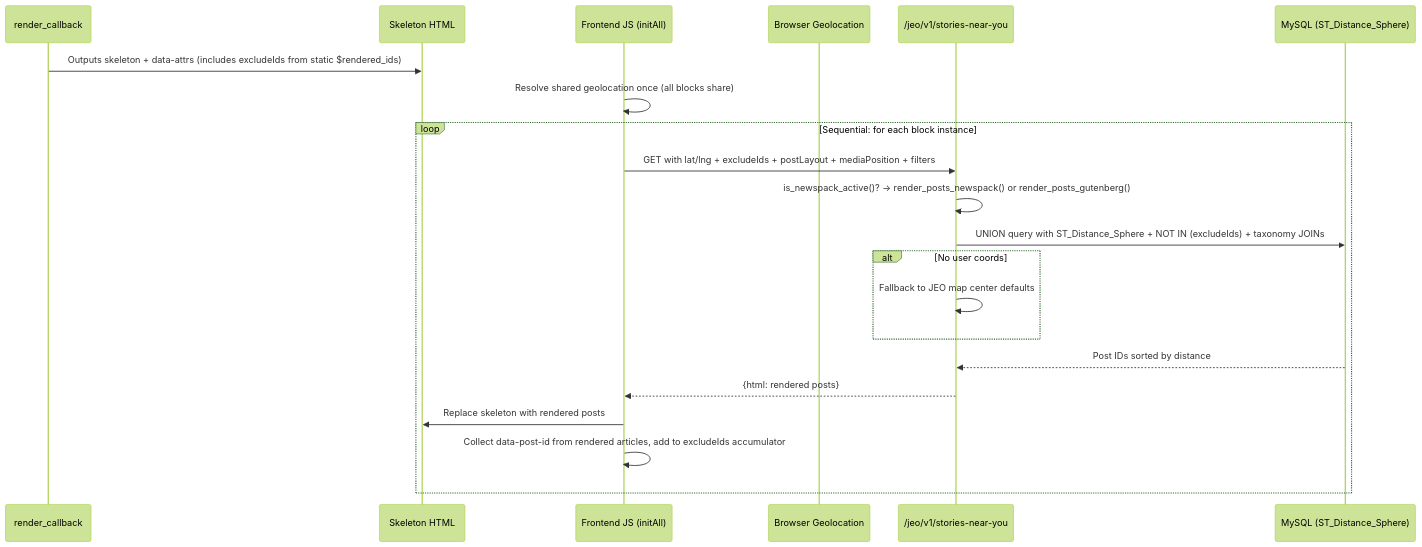
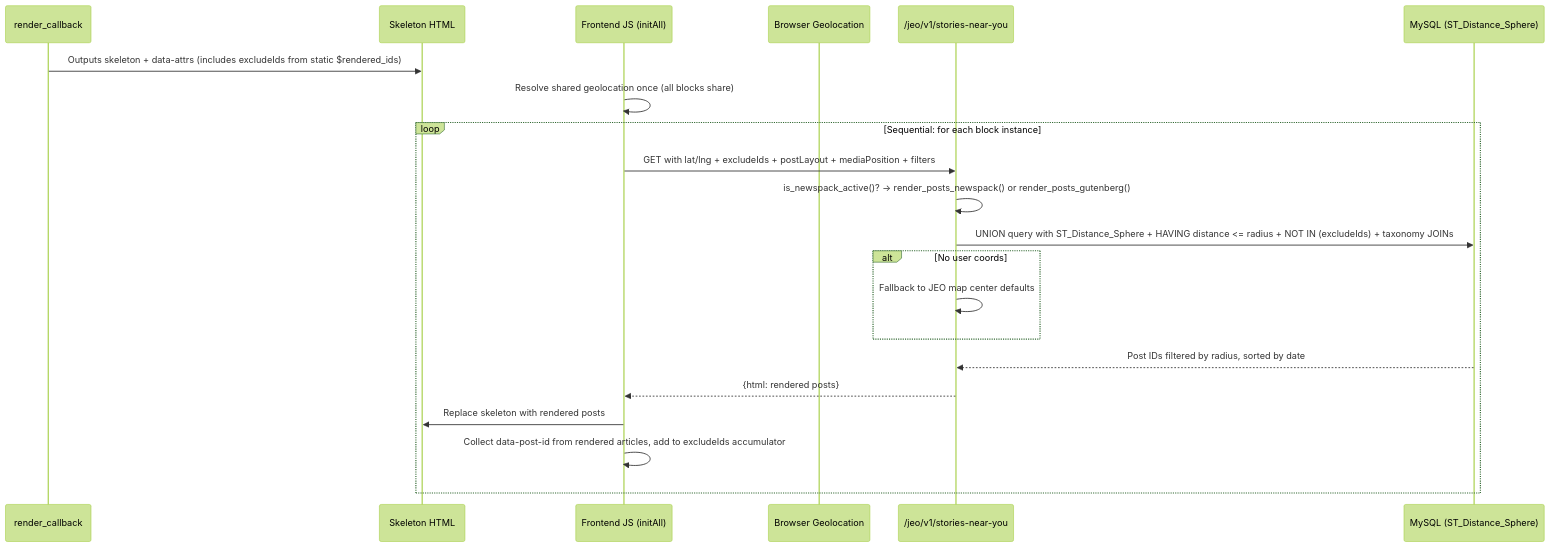
Before and after one commit to InfoAmazonia/jeo-plugin: the diagram in .architecture/stories-near-you/README.md, drawn with Mermaid (forest theme). The commit also changed other lines of this file and 3 other files, not shown here.

````diff
--- a/.architecture/stories-near-you/README.md
+++ b/.architecture/stories-near-you/README.md
@@ -85,24 +85,24 @@
 ```mermaid
 sequenceDiagram
     participant PHP as render_callback
     participant HTML as Skeleton HTML
     participant JS as Frontend JS (initAll)
     participant GEO as Browser Geolocation
     participant REST as /jeo/v1/stories-near-you
     participant DB as MySQL (ST_Distance_Sphere)
 
     PHP->>HTML: Outputs skeleton + data-attrs (includes excludeIds from static $rendered_ids)
     JS->>JS: Resolve shared geolocation once (all blocks share)
     loop Sequential: for each block instance
         JS->>REST: GET with lat/lng + excludeIds + postLayout + mediaPosition + filters
         REST->>REST: is_newspack_active()? → render_posts_newspack() or render_posts_gutenberg()
-        REST->>DB: UNION query with ST_Distance_Sphere + NOT IN (excludeIds) + taxonomy JOINs
+        REST->>DB: UNION query with ST_Distance_Sphere + HAVING distance <= radius + NOT IN (excludeIds) + taxonomy JOINs
         alt No user coords
             REST->>REST: Fallback to JEO map center defaults
         end
-        DB-->>REST: Post IDs sorted by distance
+        DB-->>REST: Post IDs filtered by radius, sorted by date
         REST-->>JS: {html: rendered posts}
         JS->>HTML: Replace skeleton with rendered posts
         JS->>JS: Collect data-post-id from rendered articles, add to excludeIds accumulator
     end
 ```
````
